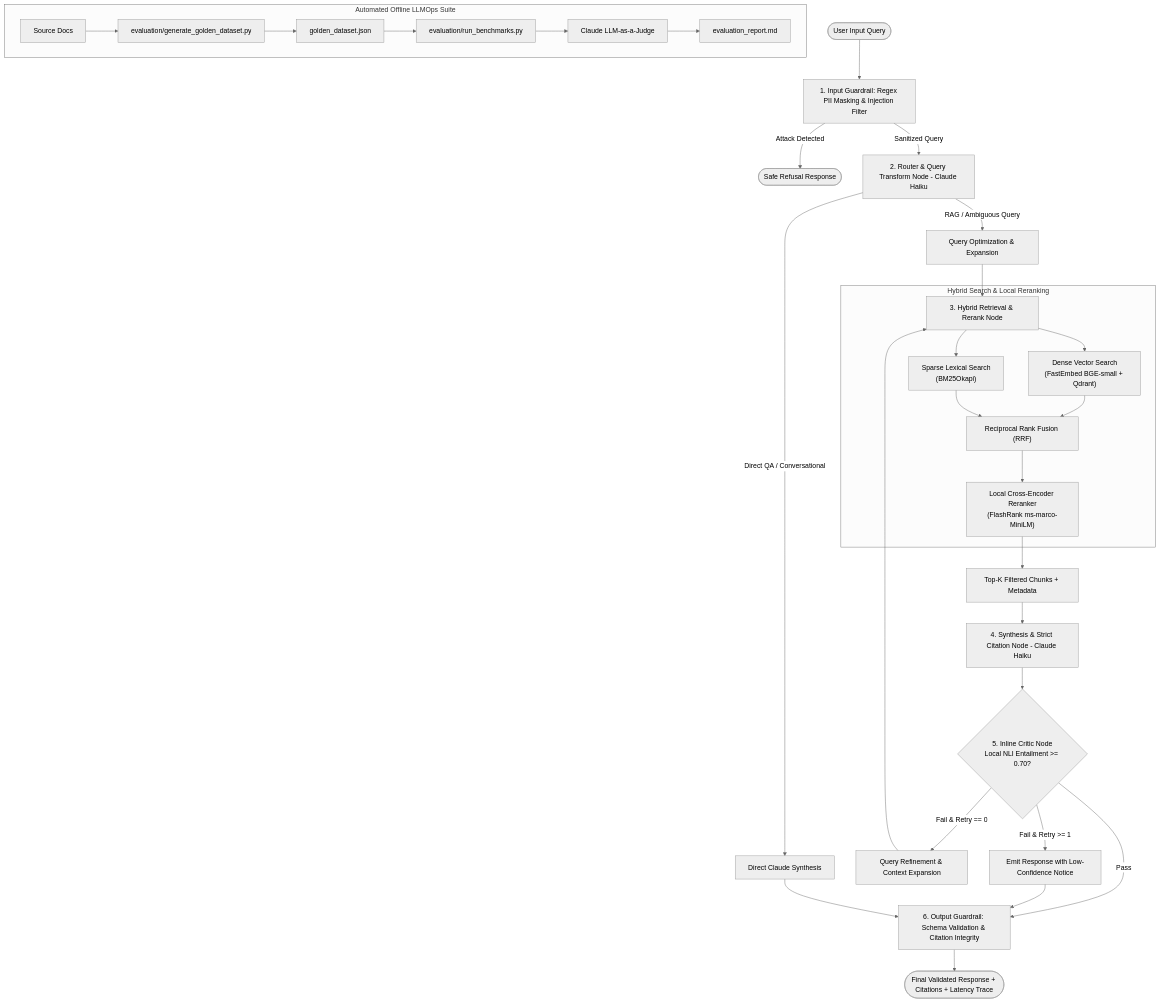
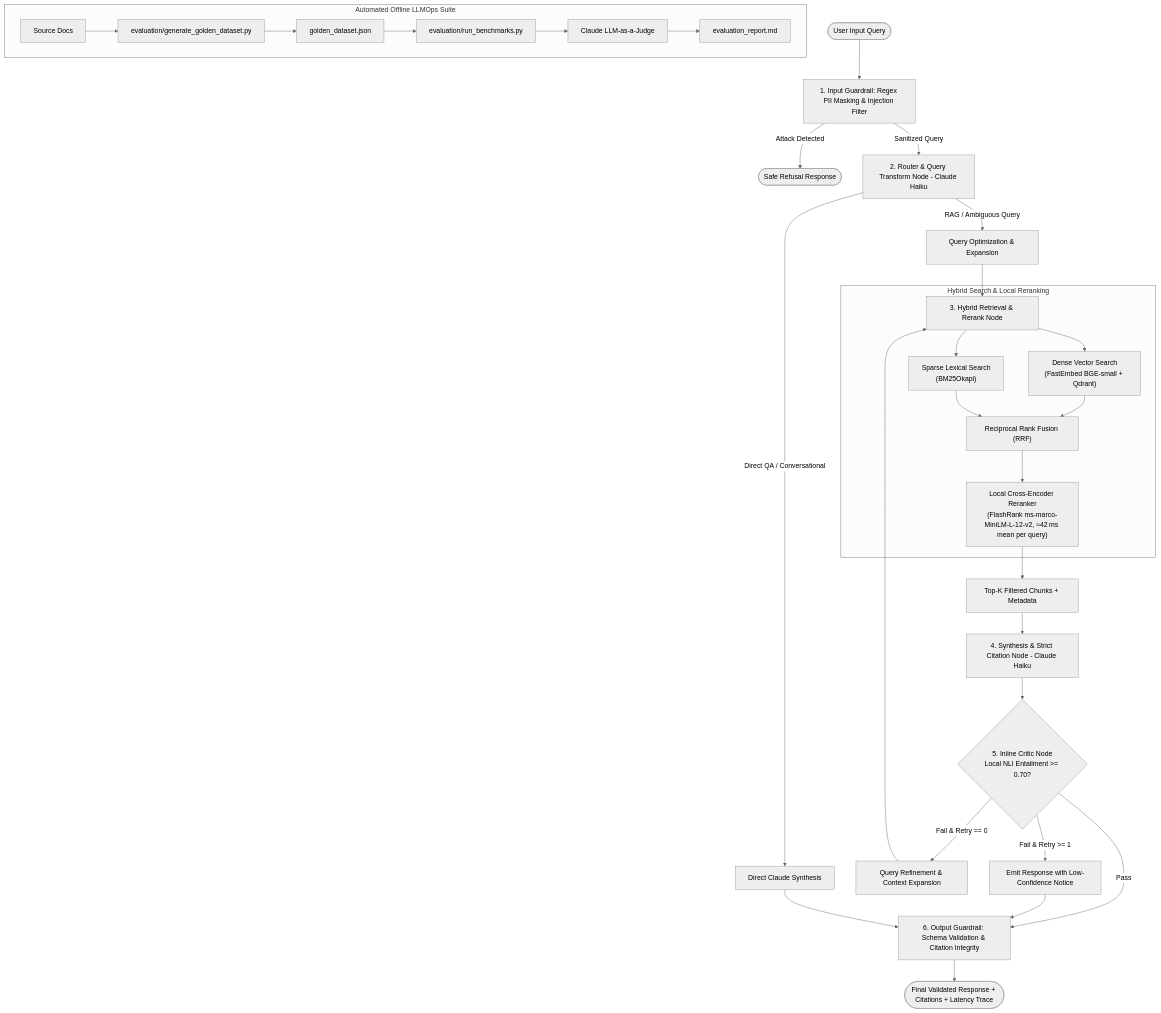
One commit to Meghana-maxie/enterprise-agentic-rag changed the diagram in README.md. Above: the diagram before and after it, drawn with Mermaid (neutral theme). The commit also changed other lines of this file and 14 other files, not shown here.

````diff
--- a/README.md
+++ b/README.md
@@ -15,42 +15,42 @@
 ```mermaid
 flowchart TD
     UserQuery([User Input Query]) --> InputGuard[1. Input Guardrail: Regex PII Masking & Injection Filter]
     
     InputGuard -->|Attack Detected| SafeRefusal([Safe Refusal Response])
     InputGuard -->|Sanitized Query| RouterNode[2. Router & Query Transform Node - Claude Haiku]
     
     RouterNode -->|Direct QA / Conversational| FastSynthesize[Direct Claude Synthesis]
     RouterNode -->|RAG / Ambiguous Query| TransformQuery[Query Optimization & Expansion]
     
     TransformQuery --> RetrievalNode[3. Hybrid Retrieval & Rerank Node]
     
     subgraph HybridEngine ["Hybrid Search & Local Reranking"]
         RetrievalNode --> DenseSearch["Dense Vector Search\n(FastEmbed BGE-small + Qdrant)"]
         RetrievalNode --> SparseSearch["Sparse Lexical Search\n(BM25Okapi)"]
         DenseSearch --> Fusion["Reciprocal Rank Fusion (RRF)"]
         SparseSearch --> Fusion
-        Fusion --> LocalReranker["Local Cross-Encoder Reranker\n(FlashRank ms-marco-MiniLM)"]
+        Fusion --> LocalReranker["Local Cross-Encoder Reranker\n(FlashRank ms-marco-MiniLM-L-12-v2, ≈42 ms mean per query)"]
     end
     
     LocalReranker --> TopKContext[Top-K Filtered Chunks + Metadata]
     TopKContext --> SynthesisNode[4. Synthesis & Strict Citation Node - Claude Haiku]
     
     SynthesisNode --> CriticNode{5. Inline Critic Node\nLocal NLI Entailment >= 0.70?}
     
     CriticNode -->|Pass| OutputGuard[6. Output Guardrail: Schema Validation & Citation Integrity]
     CriticNode -->|Fail & Retry == 0| RefineQuery[Query Refinement & Context Expansion]
     RefineQuery --> RetrievalNode
     CriticNode -->|Fail & Retry >= 1| FallbackEmit[Emit Response with Low-Confidence Notice]
     FallbackEmit --> OutputGuard
     
     OutputGuard --> FinalOutput([Final Validated Response + Citations + Latency Trace])
     FastSynthesize --> OutputGuard
 
     subgraph LLMOpsOffline ["Automated Offline LLMOps Suite"]
         Docs[Source Docs] --> GenScript["evaluation/generate_golden_dataset.py"]
         GenScript --> GoldenData[golden_dataset.json]
         GoldenData --> BenchRunner["evaluation/run_benchmarks.py"]
         BenchRunner --> LLMJudge["Claude LLM-as-a-Judge"]
         LLMJudge --> EvalReport["evaluation_report.md"]
     end
 ```
````
